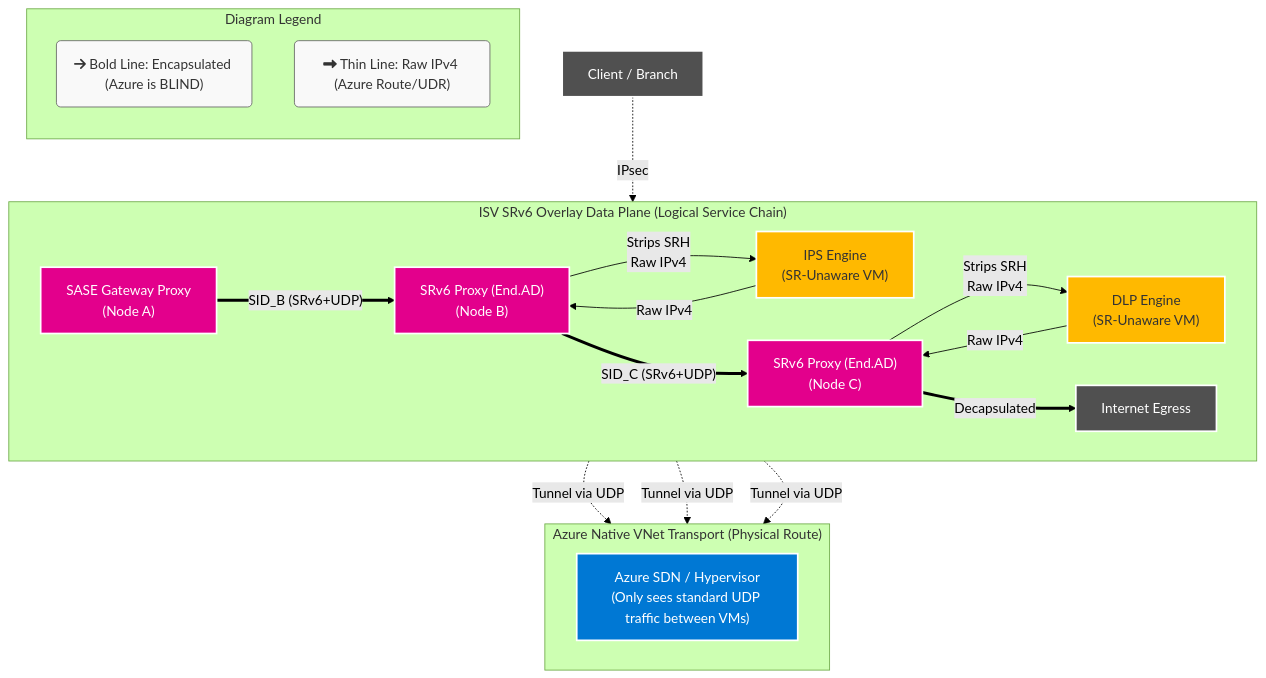
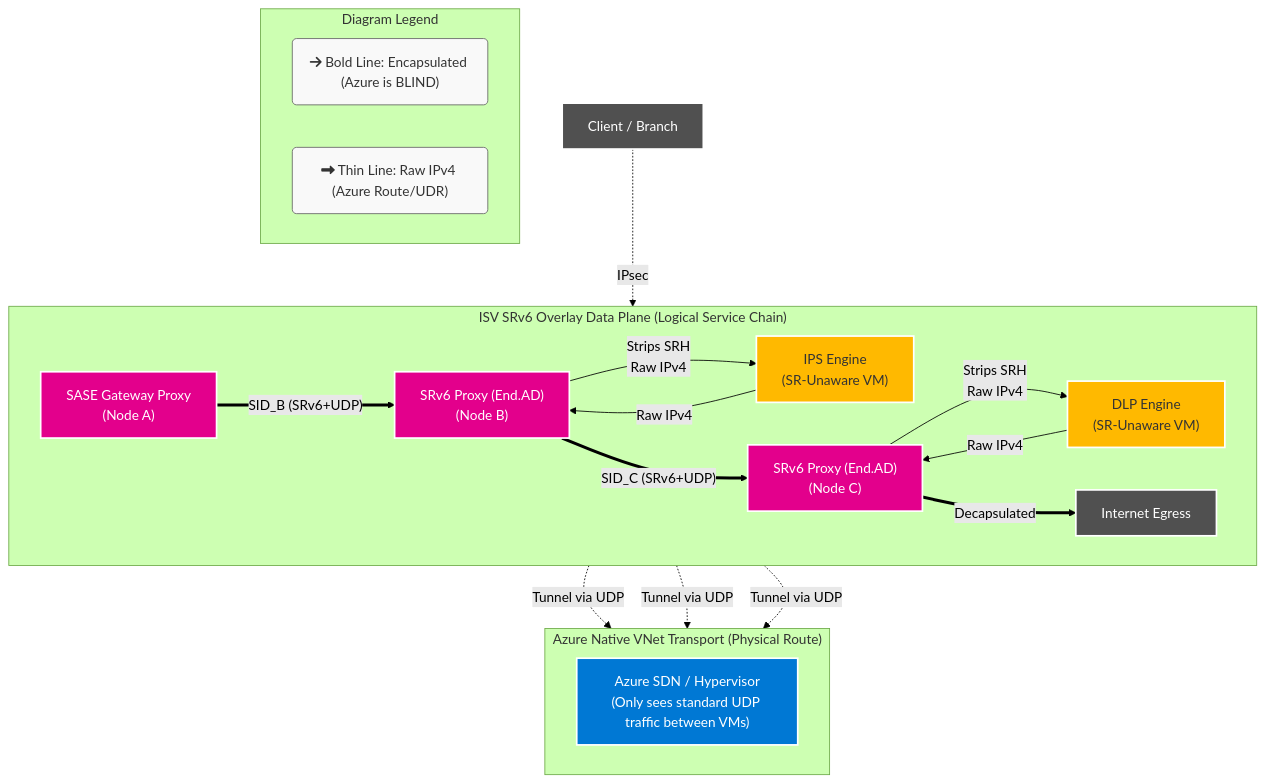
One commit to roie9876/SASE changed the ninth of 10 diagrams in README.md. Above: the diagram before and after it, drawn with Mermaid (forest theme). The commit also changed other lines of this file, not shown here.

Commit message:
style: fix mermaid diagram subgraph formatting and overlapping text

````diff
--- a/README.md
+++ b/README.md
@@ -689,49 +686,48 @@
 ```mermaid
 flowchart TD
     %% Styling
     classDef cloud fill:#0078D4,stroke:#fff,stroke-width:2px,color:#fff
     classDef proxy fill:#E3008C,stroke:#fff,stroke-width:2px,color:#fff
     classDef secApp fill:#FFB900,stroke:#fff,stroke-width:2px,color:#333
     classDef endUser fill:#505050,stroke:#fff,stroke-width:2px,color:#fff
 
     Client["Client / Branch"]:::endUser
 
     classDef legendBox fill:#f9f9f9,stroke:#666,stroke-width:1px,color:#333
 
-    subgraph Legend ["Diagram Legend"]
-        direction TB
+    subgraph Legend [" Diagram Legend "]
         L1("fa:fa-arrow-right Bold Line: Encapsulated (Azure is BLIND)"):::legendBox
         L2("fa:fa-long-arrow-alt-right Thin Line: Raw IPv4 (Azure Route/UDR)"):::legendBox
     end
 
-    subgraph Logical_Overlay ["ISV SRv6 Overlay Data Plane (Logical Service Chain)"]
+    subgraph Logical_Overlay [" ISV SRv6 Overlay Data Plane (Logical Service Chain) "]
         direction LR
         Ingress["SASE Gateway Proxy<br/>(Node A)"]:::proxy
         ProxyB["SRv6 Proxy (End.AD)<br/>(Node B)"]:::proxy
         ProxyC["SRv6 Proxy (End.AD)<br/>(Node C)"]:::proxy
         Egress["Internet Egress"]:::endUser
         
         IPS["IPS Engine<br/>(SR-Unaware VM)"]:::secApp
         DLP["DLP Engine<br/>(SR-Unaware VM)"]:::secApp
         
         Ingress == "SID_B (SRv6+UDP)" ==> ProxyB
         ProxyB -- "Strips SRH<br/>Raw IPv4" --> IPS
         IPS -- "Raw IPv4" --> ProxyB
         ProxyB == "SID_C (SRv6+UDP)" ==> ProxyC
         ProxyC -- "Strips SRH<br/>Raw IPv4" --> DLP
         DLP -- "Raw IPv4" --> ProxyC
         ProxyC == "Decapsulated" ==> Egress
     end
     
-    subgraph Azure_Underlay ["Azure Native VNet Transport (Physical Route)"]
+    subgraph Azure_Underlay [" Azure Native VNet Transport (Physical Route) "]
         direction LR
         VNet["Azure SDN / Hypervisor<br/>(Only sees standard UDP traffic between VMs)"]:::cloud
     end
     
     Client -. "IPsec" .-> Ingress
     
     %% Relationships bridging underlay/overlay
     Ingress -. "Tunnel via UDP" .-> VNet
     ProxyB -. "Tunnel via UDP" .-> VNet
     ProxyC -. "Tunnel via UDP" .-> VNet
 ```
````
